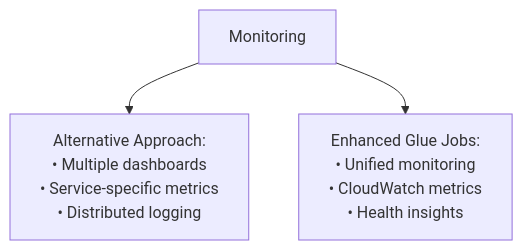
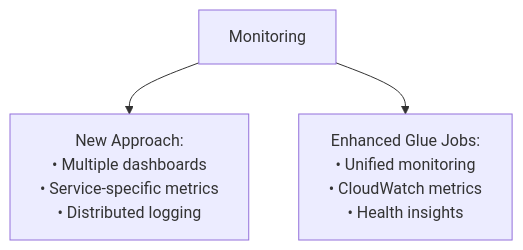
Diagram 15 of 17 in mermaid.md (veronelazio/wezterm), drawn with Mermaid before and after one commit. The commit also changed other lines of this file, not shown here.

````diff
--- a/mermaid.md
+++ b/mermaid.md
@@ -138,5 +138,5 @@
 ```mermaid
 flowchart TD
-    M1["Monitoring"] --> M2["Alternative Approach:<br/>• Multiple dashboards<br/>• Service-specific metrics<br/>• Distributed logging"]
+    M1["Monitoring"] --> M2["New Approach:<br/>• Multiple dashboards<br/>• Service-specific metrics<br/>• Distributed logging"]
     M1 --> M3["Enhanced Glue Jobs:<br/>• Unified monitoring<br/>• CloudWatch metrics<br/>• Health insights"]
 ```
````
